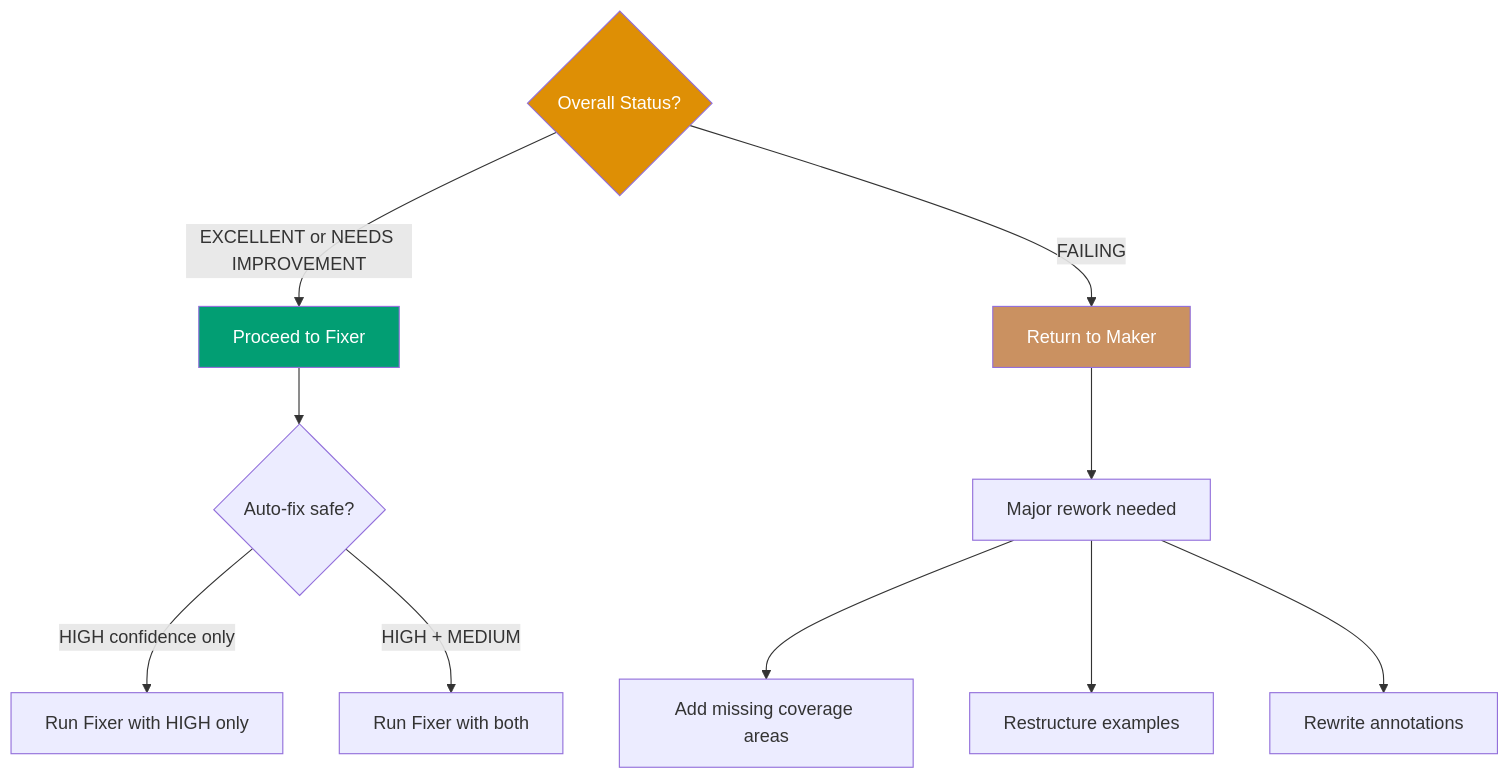
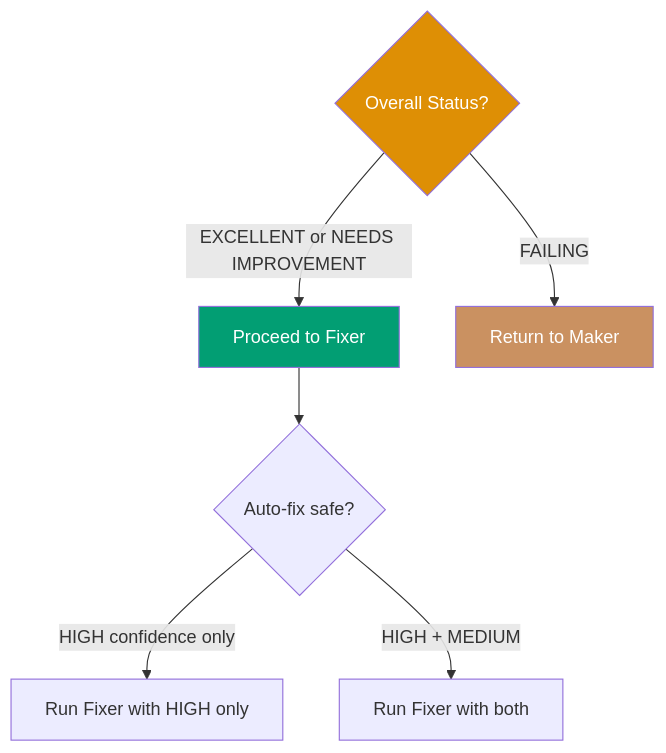
Before and after one commit to wahidyankf/baseerah: the second of 4 diagrams in repo-governance/workflows/ayokoding-web/ayokoding-web-swe-by-example-quality-gate.md, drawn with Mermaid. The commit also changed other lines of this file and 8 other files, not shown here.

````diff
--- a/repo-governance/workflows/ayokoding-web/ayokoding-web-swe-by-example-quality-gate.md
+++ b/repo-governance/workflows/ayokoding-web/ayokoding-web-swe-by-example-quality-gate.md
@@ -268,19 +268,14 @@
 ```mermaid
 graph TD
     A{Overall Status?}
     A -->|EXCELLENT or NEEDS IMPROVEMENT| B[Proceed to Fixer]
     A -->|FAILING| C[Return to Maker]
 
     B --> D{Auto-fix safe?}
     D -->|HIGH confidence only| E[Run Fixer with HIGH only]
     D -->|HIGH + MEDIUM| F[Run Fixer with both]
 
-    C --> G[Major rework needed]
-    G --> H[Add missing coverage areas]
-    G --> I[Restructure examples]
-    G --> J[Rewrite annotations]
-
     style A fill:#DE8F05,color:#fff
     style B fill:#029E73,color:#fff
     style C fill:#CA9161,color:#fff
 ```
````
